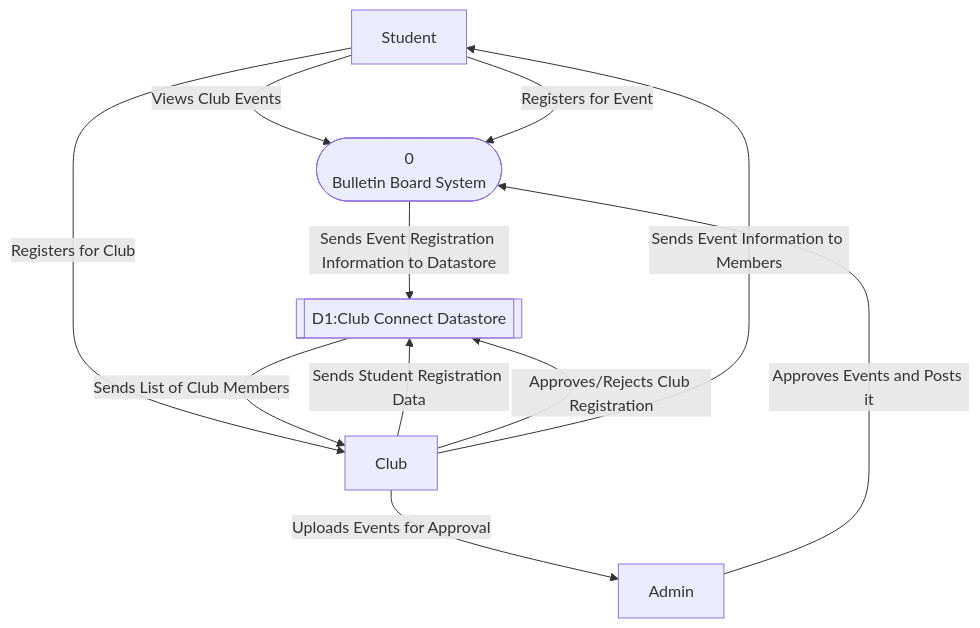
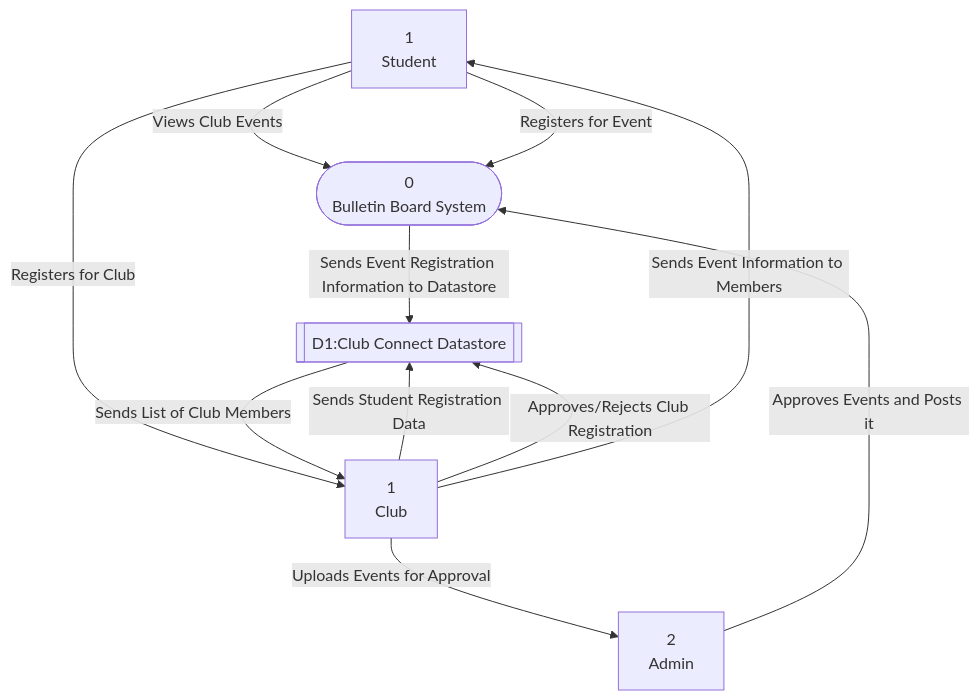
One commit to chengeu25/Messiah_Club_Bulletin_Board changed the second of 2 diagrams in System Proposal Template.md. Above: the diagram before and after it, drawn with Mermaid. The commit also changed other lines of this file, not shown here.

Commit message:
Update System Proposal Template.md

````diff
--- a/System Proposal Template.md
+++ b/System Proposal Template.md
@@ -125,26 +119,29 @@
 ```mermaid
 flowchart
 
-    E1["`Student`"]
-    E2["`Club`"]
+    E1["`1
+    Student`"]
+    E2["`1
+    Club`"]
     P0(["`
     0
     Bulletin Board System`"])
 
-    E3["`Admin`"]
+    E3["`2
+    Admin`"]
 
     D1[[D1:Club Connect Datastore ]]
 
     E1 -- Views Club Events --> P0
     E1 -- Registers for Club --> E2
     E2 -- Sends Student Registration Data --> D1
     E2 -- Uploads Events for Approval--> E3
     P0 -- Sends Event Registration Information to Datastore --> D1
     E3 -- Approves Events and Posts it --> P0 
     E2 -- Approves/Rejects Club Registration --> D1
     D1 -- Sends List of Club Members --> E2
     E1 -- Registers for Event --> P0
     E2 -- Sends Event Information to Members --> E1
 
 
 ```
````
